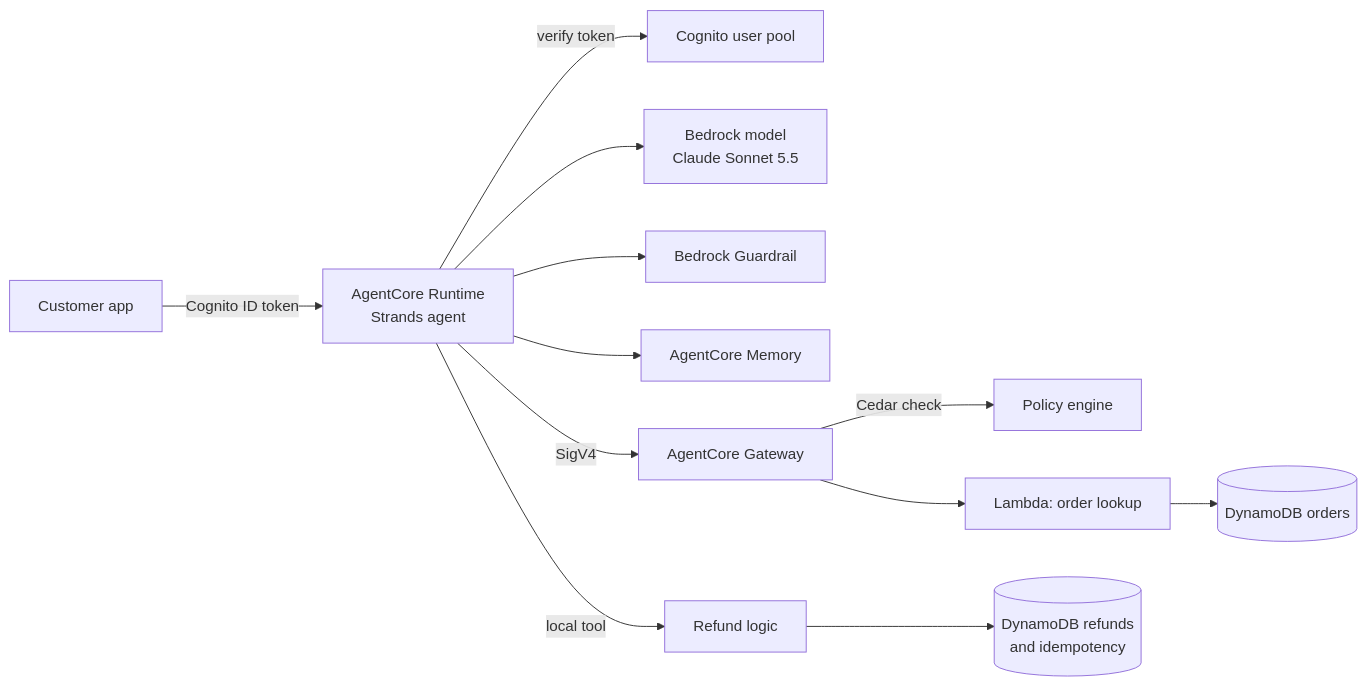
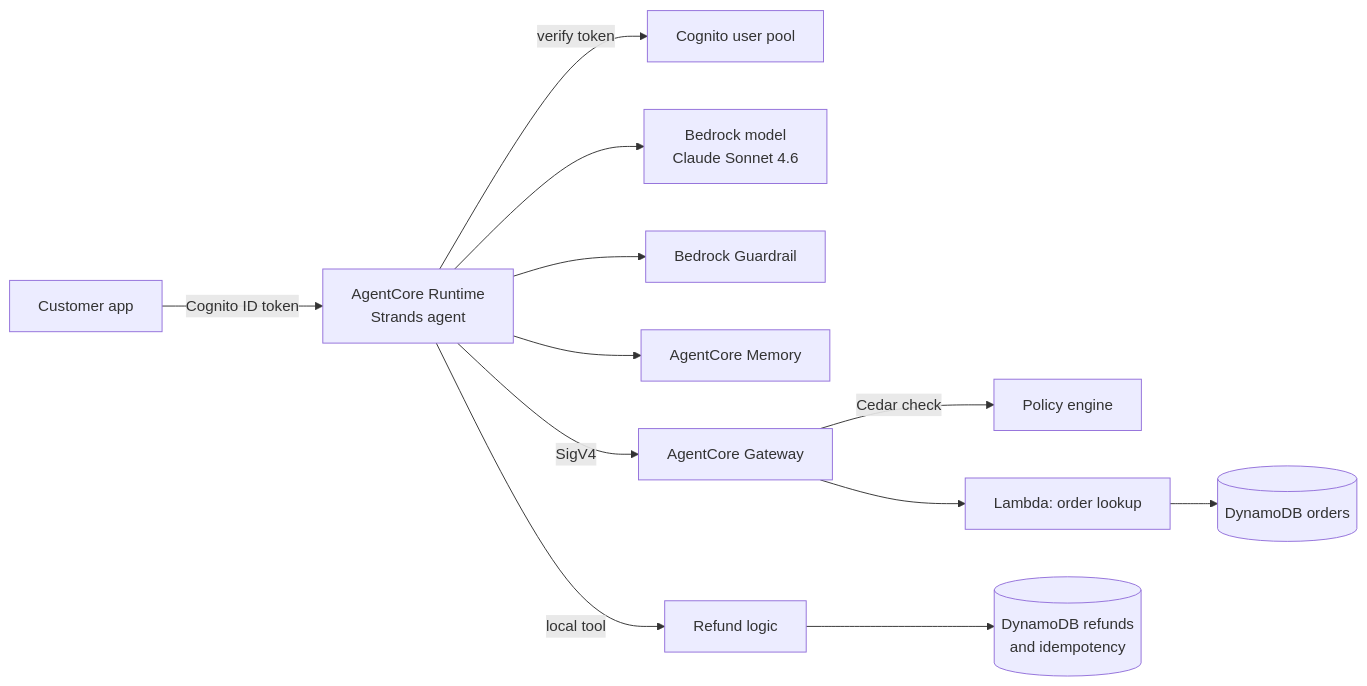
Before and after one commit to mocktar2021/fernbrook-ops-agent: the first of 2 diagrams in README.md, drawn with Mermaid. The commit also changed 11 other files, not shown here.

Commit message:
Use Claude Sonnet 4.6, the model available to this account [skip ci]

````diff
--- a/README.md
+++ b/README.md
@@ -23,14 +23,14 @@
 ```mermaid
 flowchart LR
     U["Customer app"] -->|"Cognito ID token"| R["AgentCore Runtime<br/>Strands agent"]
     R -->|"verify token"| C["Cognito user pool"]
-    R --> MD["Bedrock model<br/>Claude Sonnet 5.5"]
+    R --> MD["Bedrock model<br/>Claude Sonnet 4.6"]
     R --> GR["Bedrock Guardrail"]
     R --> MEM["AgentCore Memory"]
     R -->|"SigV4"| GW["AgentCore Gateway"]
     GW -->|"Cedar check"| PE["Policy engine"]
     GW --> L["Lambda: order lookup"]
     L --> DB[("DynamoDB orders")]
     R -->|"local tool"| RF["Refund logic"]
     RF --> DB2[("DynamoDB refunds<br/>and idempotency")]
 ```
````
